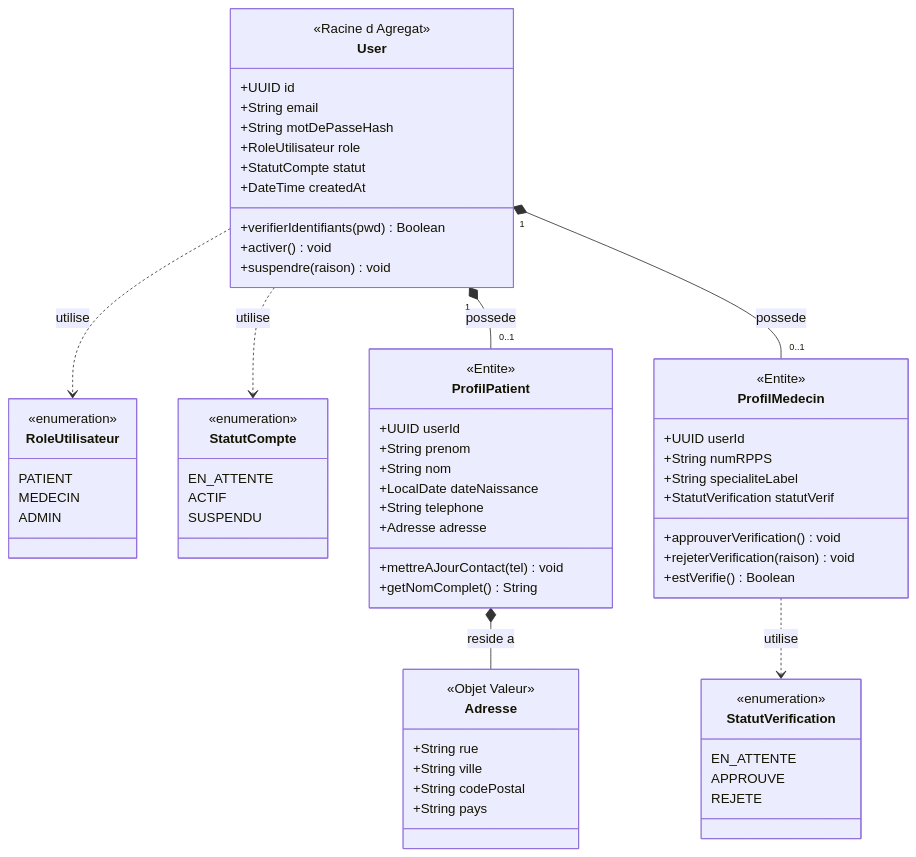
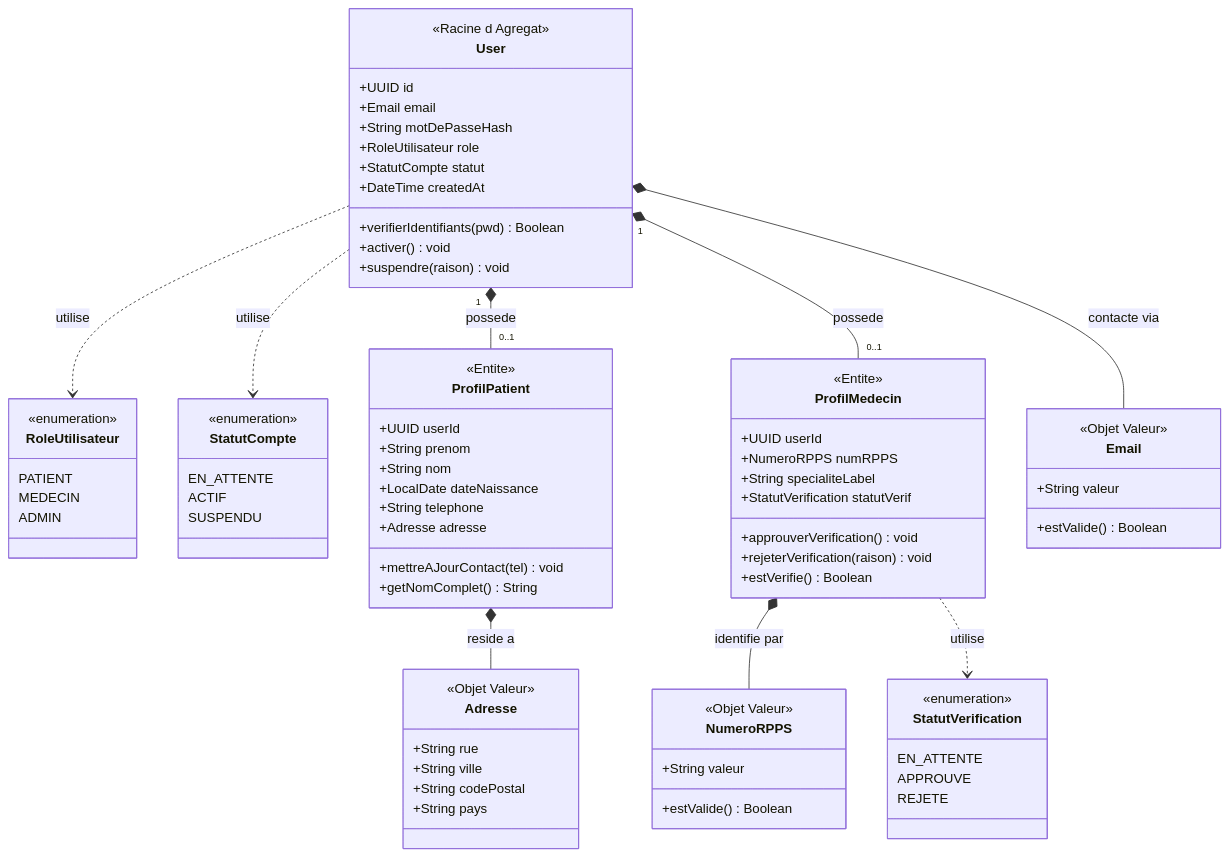
The first of 8 diagrams in README.md (bassimtbb/test-read-me), drawn with Mermaid before and after one commit. The commit also changed other lines of this file, not shown here.

```diff
--- a/README.md
+++ b/README.md
@@ -198,7 +212,7 @@
     class User {
         <<Racine d Agregat>>
         +UUID id
-        +String email
+        +Email email
         +String motDePasseHash
         +RoleUtilisateur role
         +StatutCompte statut
@@ -223,12 +237,24 @@
     class ProfilMedecin {
         <<Entite>>
         +UUID userId
-        +String numRPPS
+        +NumeroRPPS numRPPS
         +String specialiteLabel
         +StatutVerification statutVerif
         +approuverVerification() void
         +rejeterVerification(raison) void
         +estVerifie() Boolean
+    }
+
+    class Email {
+        <<Objet Valeur>>
+        +String valeur
+        +estValide() Boolean
+    }
+
+    class NumeroRPPS {
+        <<Objet Valeur>>
+        +String valeur
+        +estValide() Boolean
     }
 
     class Adresse {
@@ -242,6 +268,8 @@
     User "1" *-- "0..1" ProfilPatient : possede
     User "1" *-- "0..1" ProfilMedecin : possede
     ProfilPatient *-- Adresse : reside a
+    ProfilMedecin *-- NumeroRPPS : identifie par
+    User *-- Email : contacte via
     ProfilMedecin ..> StatutVerification : utilise
     User ..> StatutCompte : utilise
     User ..> RoleUtilisateur : utilise
```
